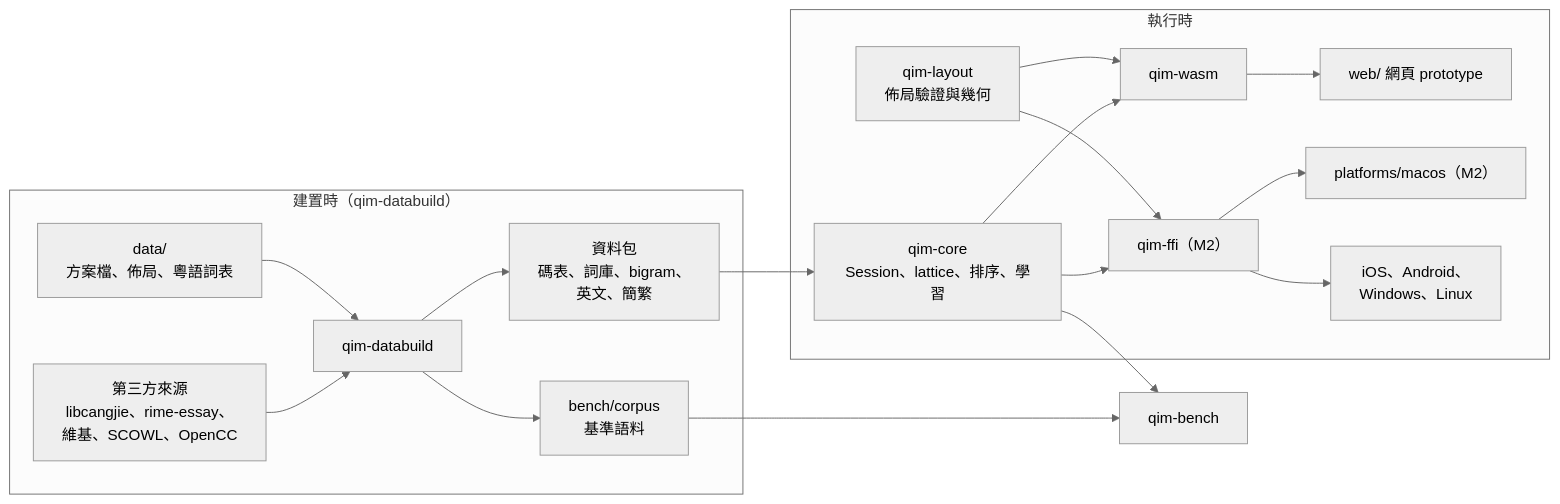
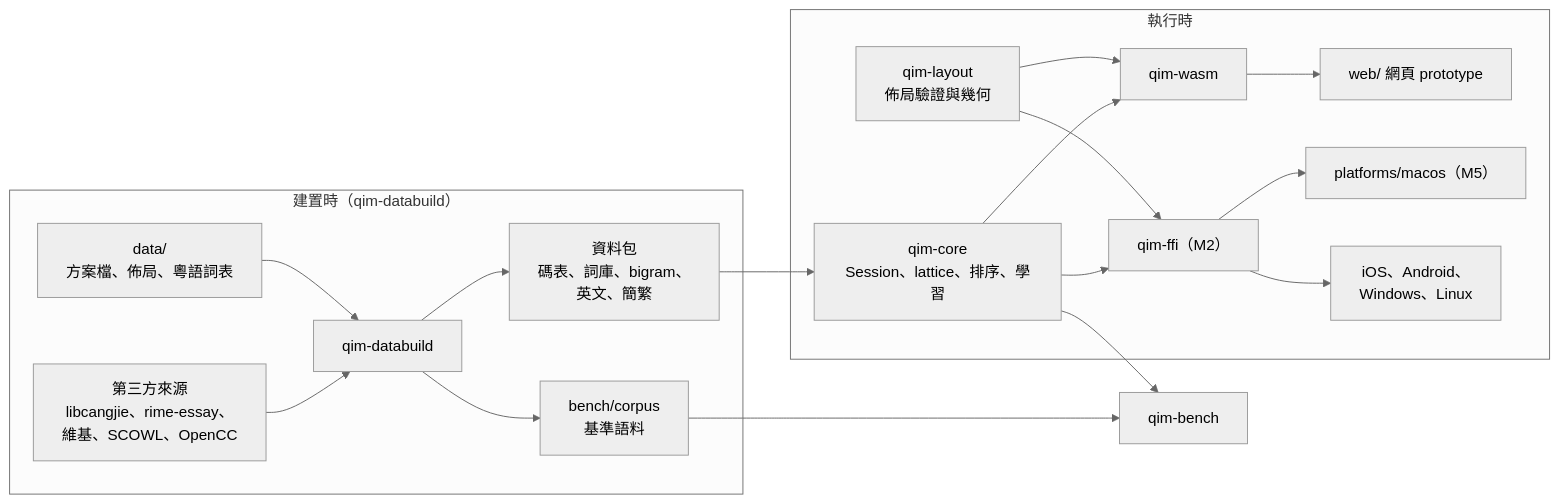
One commit to 1morr/QIM changed the first of 2 diagrams in docs/plan.md. Above: the diagram before and after it, drawn with Mermaid (neutral theme). The commit also changed other lines of this file and 3 other files, not shown here.

````diff
--- a/docs/plan.md
+++ b/docs/plan.md
@@ -29,30 +29,30 @@
 ```mermaid
 flowchart LR
   subgraph Build["建置時（qim-databuild）"]
     Src["第三方來源<br/>libcangjie、rime-essay、<br/>維基、SCOWL、OpenCC"] --> DB["qim-databuild"]
     Own["data/<br/>方案檔、佈局、粵語詞表"] --> DB
     DB --> Packs["資料包<br/>碼表、詞庫、bigram、<br/>英文、簡繁"]
     DB --> Corpus["bench/corpus<br/>基準語料"]
   end
 
   subgraph Runtime["執行時"]
     Core["qim-core<br/>Session、lattice、排序、學習"]
     Layout["qim-layout<br/>佈局驗證與幾何"]
     Wasm["qim-wasm"]
     Ffi["qim-ffi（M2）"]
     Web["web/ 網頁 prototype"]
-    Mac["platforms/macos（M2）"]
+    Mac["platforms/macos（M5）"]
     Others["iOS、Android、<br/>Windows、Linux"]
   end
 
   Packs --> Core
   Core --> Wasm
   Layout --> Wasm
   Core --> Ffi
   Layout --> Ffi
   Wasm --> Web
   Ffi --> Mac
   Ffi --> Others
   Corpus --> Bench["qim-bench"]
   Core --> Bench
 ```
````
